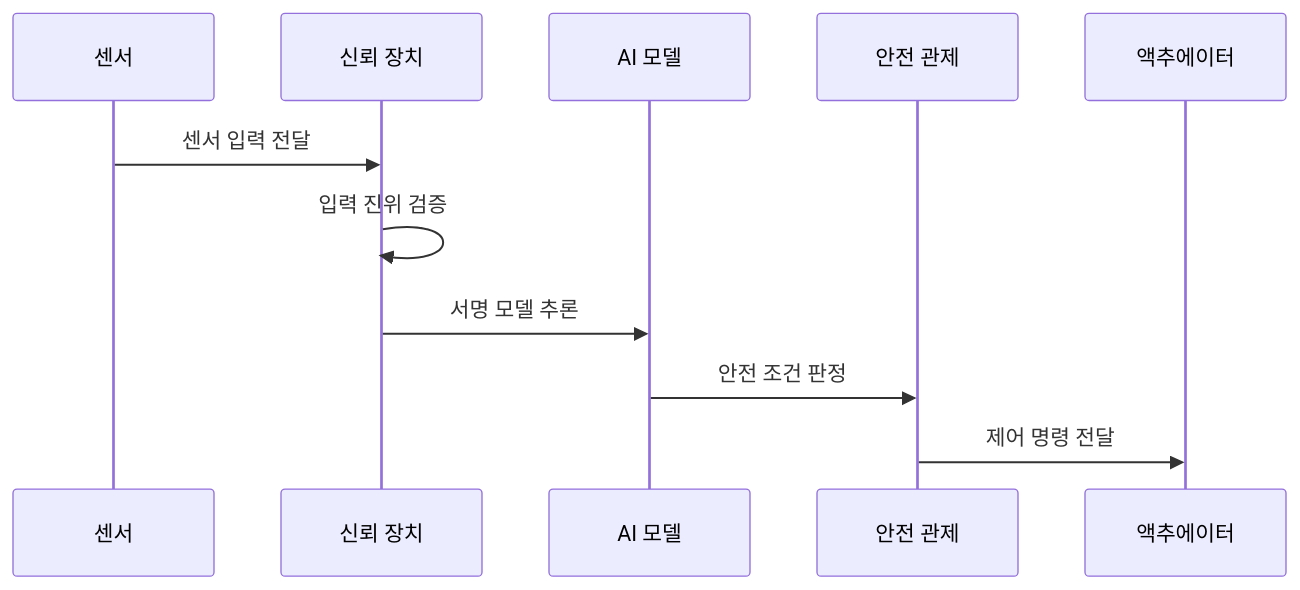
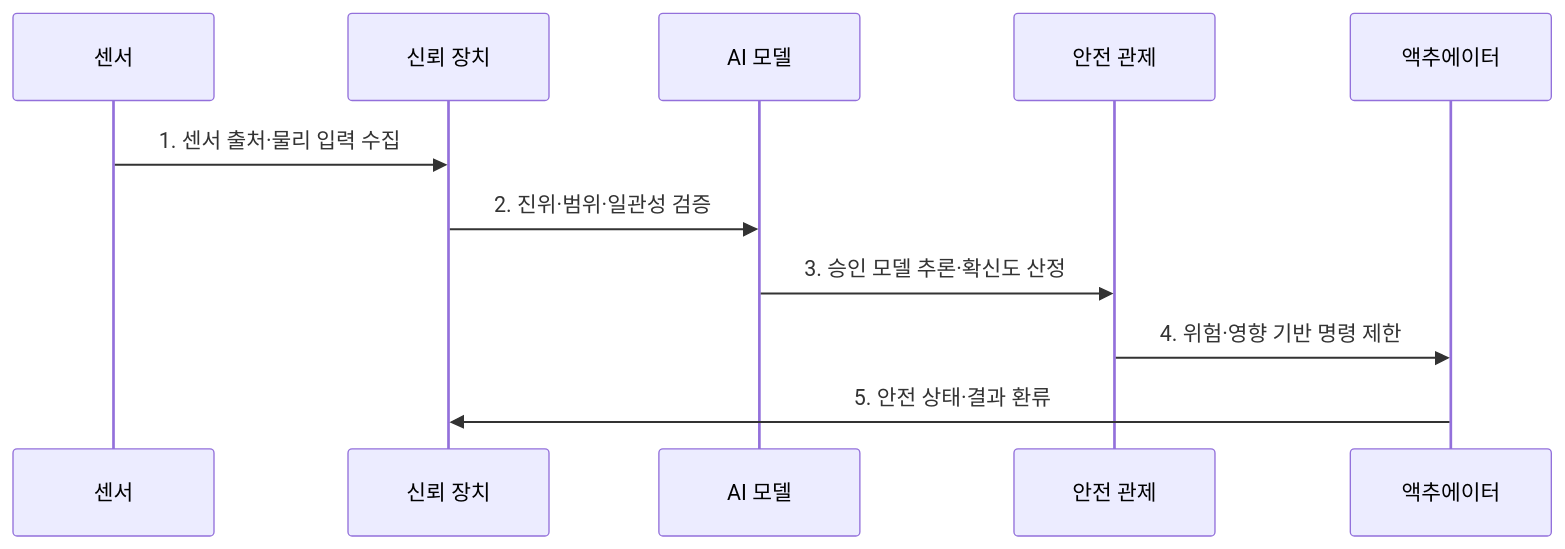
One commit to agnusdei1207/knowledge-base changed the second of 2 diagrams in src/content/docs/notes/05-security/132_aiot_security.md. Above: the diagram before and after it, drawn with Mermaid. The commit also changed other lines of this file and 6 other files, not shown here.

````diff
--- a/src/content/docs/notes/05-security/132_aiot_security.md
+++ b/src/content/docs/notes/05-security/132_aiot_security.md
@@ -84,13 +81,13 @@
 ```mermaid
 sequenceDiagram
-    participant S as 센서
-    participant D as 신뢰 장치
-    participant M as AI 모델
-    participant G as 안전 관제
-    participant A as 액추에이터
-    S->>D: 센서 입력 전달
-    D->>D: 입력 진위 검증
-    D->>M: 서명 모델 추론
-    M->>G: 안전 조건 판정
-    G->>A: 제어 명령 전달
+  participant S as 센서
+  participant D as 신뢰 장치
+  participant M as AI 모델
+  participant G as 안전 관제
+  participant A as 액추에이터
+  S->>D: 1. 센서 출처·물리 입력 수집
+  D->>M: 2. 진위·범위·일관성 검증
+  M->>G: 3. 승인 모델 추론·확신도 산정
+  G->>A: 4. 위험·영향 기반 명령 제한
+  A->>D: 5. 안전 상태·결과 환류
 ```
````
